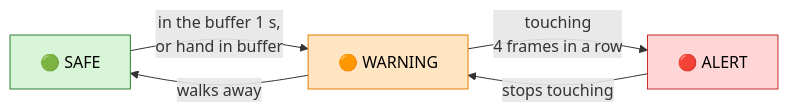
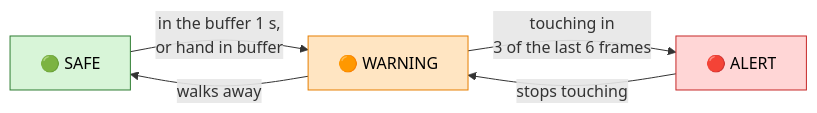
Before and after one commit to NyChieng/Innovation-Private-Proto: the third of 6 diagrams in ai-vision-node/README.md, drawn with Mermaid. The commit also changed other lines of this file and 755 other files, not shown here.

````diff
--- a/ai-vision-node/README.md
+++ b/ai-vision-node/README.md
@@ -92,14 +95,14 @@
 ```mermaid
 flowchart LR
     S["🟢 SAFE"] -- "in the buffer 1 s,<br/>or hand in buffer" --> W["🟠 WARNING"]
-    W -- "touching<br/>4 frames in a row" --> A["🔴 ALERT"]
+    W -- "touching in<br/>3 of the last 6 frames" --> A["🔴 ALERT"]
     A -- "stops touching" --> W
     W -- "walks away" --> S
 
     classDef safe fill:#d8f5d8,stroke:#2e7d32,color:#000
     classDef warn fill:#ffe5c2,stroke:#e67e00,color:#000
     classDef alert fill:#ffd6d6,stroke:#c62828,color:#000
     class S safe
     class W warn
     class A alert
 ```
````
